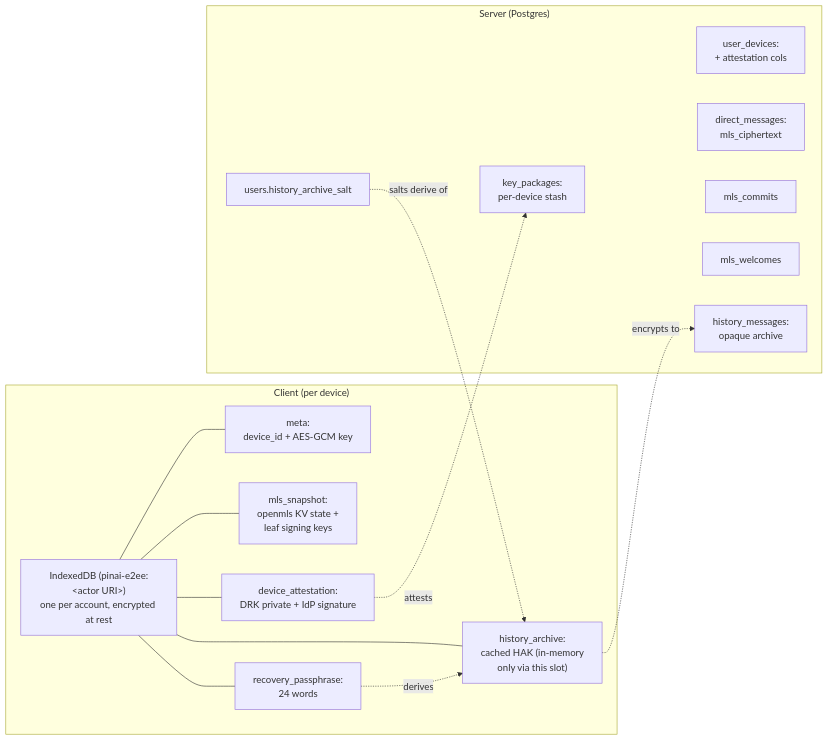
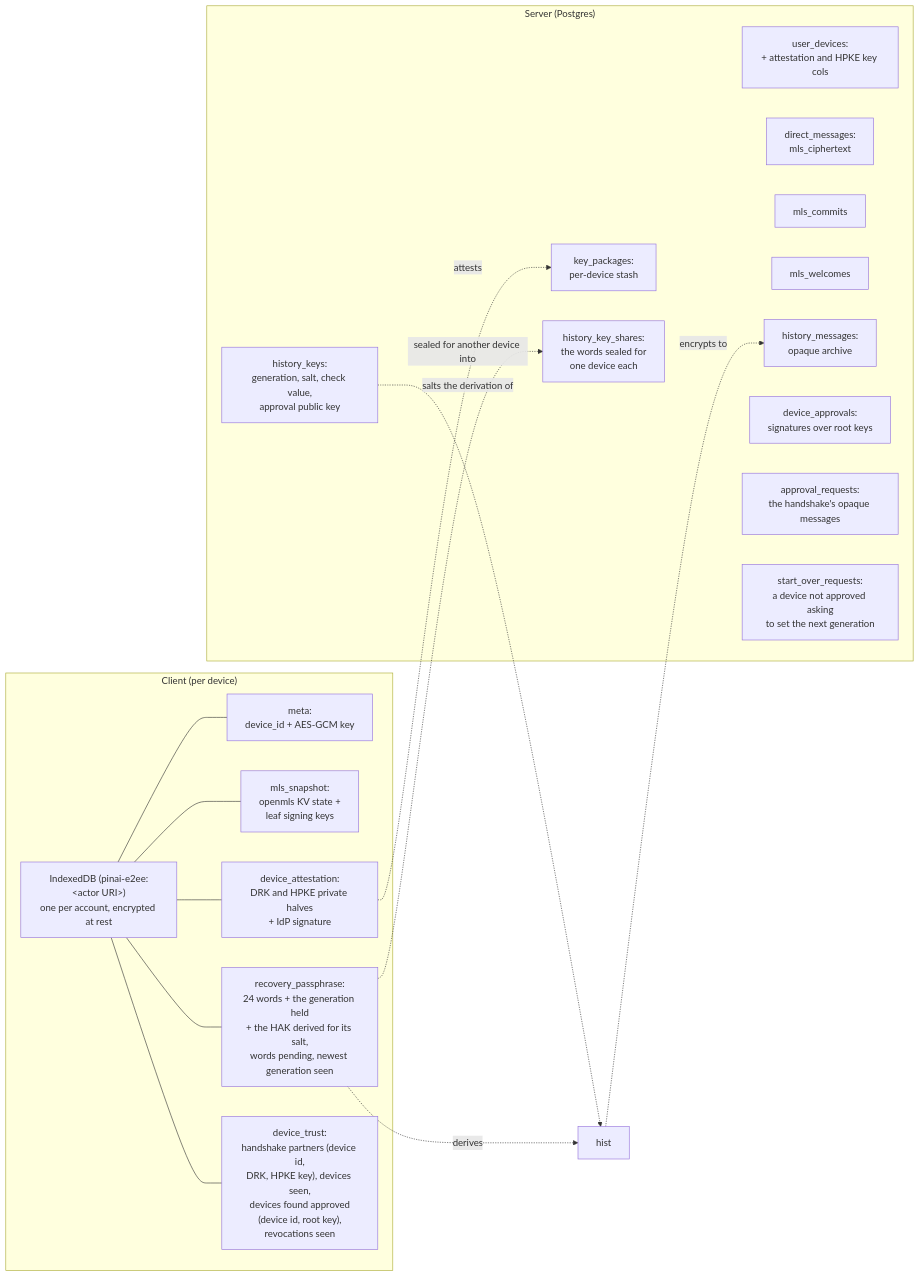
One commit to Pina-i/pinai changed diagram 21 of 21 in identity-provider/specs/e2ee.md. Above: the diagram before and after it, drawn with Mermaid. The commit also changed other lines of this file and 134 other files, not shown here.

First line of the commit message:
feat(idp): approved devices and a shared history passphrase (#10)

````diff
--- a/identity-provider/specs/e2ee.md
+++ b/identity-provider/specs/e2ee.md
@@ -830,24 +2325,29 @@
 ```mermaid
 flowchart LR
     subgraph client ["Client (per device)"]
         IDB["IndexedDB (pinai-e2ee:#lt;actor URI#gt;)<br/>one per account, encrypted at rest"]
         IDB --- meta["meta:<br/>device_id + AES-GCM key"]
         IDB --- ident["mls_snapshot:<br/>openmls KV state +<br/>leaf signing keys"]
-        IDB --- att["device_attestation:<br/>DRK private + IdP signature"]
-        IDB --- pass["recovery_passphrase:<br/>24 words"]
-        IDB --- hist["history_archive:<br/>cached HAK (in-memory<br/>only via this slot)"]
+        IDB --- att["device_attestation:<br/>DRK and HPKE private halves<br/>+ IdP signature"]
+        IDB --- pass["recovery_passphrase:<br/>24 words + the generation held<br/>+ the HAK derived for its salt,<br/>words pending, newest generation seen"]
+        IDB --- trust["device_trust:<br/>handshake partners (device id,<br/>DRK, HPKE key), devices seen,<br/>devices found approved<br/>(device id, root key),<br/>revocations seen"]
     end
     subgraph server ["Server (Postgres)"]
-        UD["user_devices:<br/>+ attestation cols"]
+        UD["user_devices:<br/>+ attestation and HPKE key cols"]
         KP["key_packages:<br/>per-device stash"]
         DM["direct_messages:<br/>mls_ciphertext"]
         MC["mls_commits"]
         MW["mls_welcomes"]
         HM["history_messages:<br/>opaque archive"]
-        US["users.history_archive_salt"]
+        HK["history_keys:<br/>generation, salt, check value,<br/>approval public key"]
+        DA["device_approvals:<br/>signatures over root keys"]
+        AR["approval_requests:<br/>the handshake's opaque messages"]
+        KS["history_key_shares:<br/>the words sealed for<br/>one device each"]
+        SO["start_over_requests:<br/>a device not approved asking<br/>to set the next generation"]
     end
     att -.->|attests| KP
     pass -.->|derives| hist
     hist -.->|encrypts to| HM
-    US -.->|salts derive of| hist
+    HK -.->|salts the derivation of| hist
+    pass -.->|sealed for another device into| KS
 ```
````
